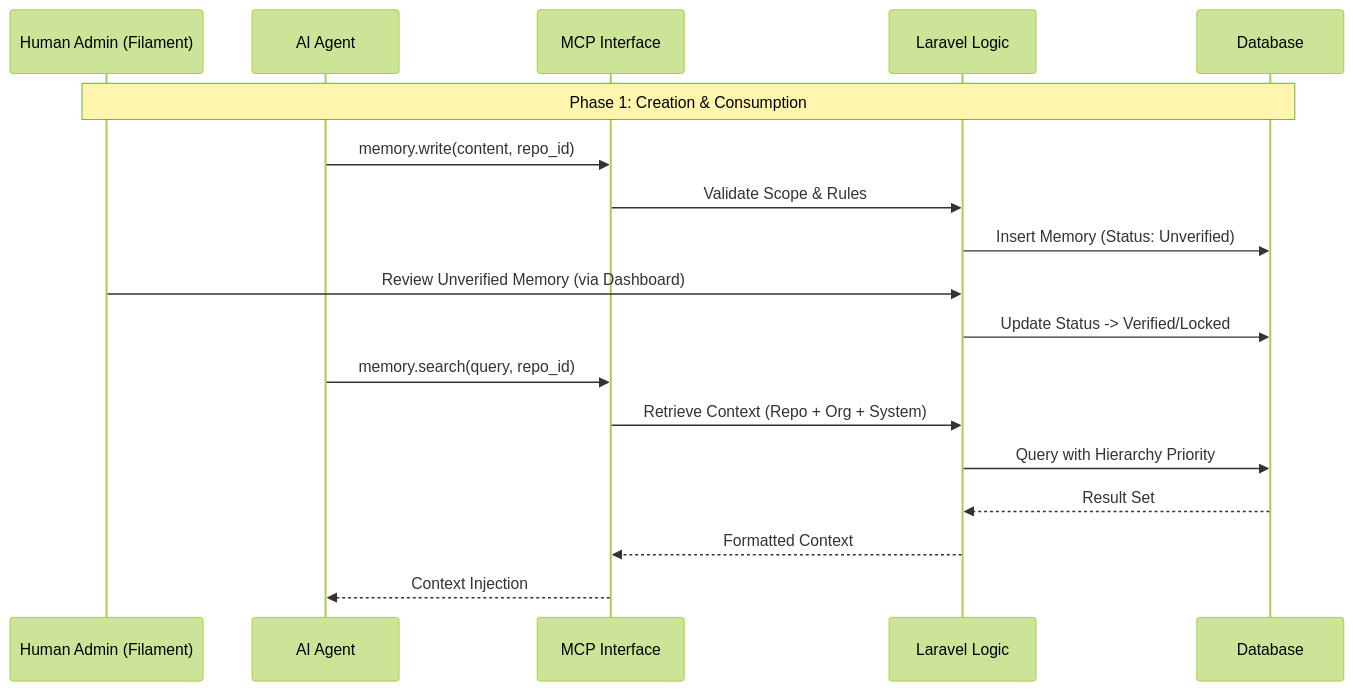
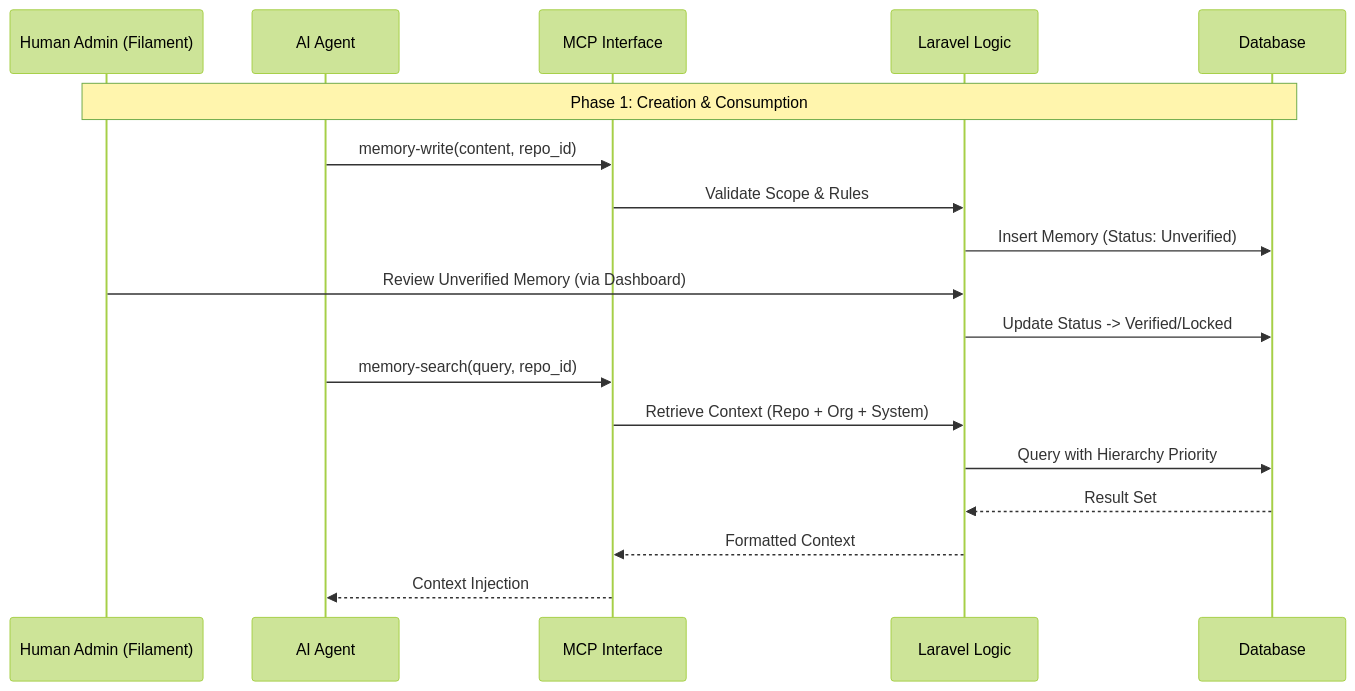
Before and after one commit to vheins/laravel-mcp-memory: the first of 2 diagrams in .agent/documents/application/modules/memory/feature.md, drawn with Mermaid (forest theme). The commit also changed other lines of this file and 17 other files, not shown here.

````diff
--- a/.agent/documents/application/modules/memory/feature.md
+++ b/.agent/documents/application/modules/memory/feature.md
@@ -60,23 +60,23 @@
 ```mermaid
 sequenceDiagram
     participant Admin as Human Admin (Filament)
     participant AI as AI Agent
     participant MCP as MCP Interface
     participant Core as Laravel Logic
     participant DB as Database
 
     Note over Admin, DB: Phase 1: Creation & Consumption
-    AI->>MCP: memory.write(content, repo_id)
+    AI->>MCP: memory-write(content, repo_id)
     MCP->>Core: Validate Scope & Rules
     Core->>DB: Insert Memory (Status: Unverified)
 
     Admin->>Core: Review Unverified Memory (via Dashboard)
     Core->>DB: Update Status -> Verified/Locked
 
-    AI->>MCP: memory.search(query, repo_id)
+    AI->>MCP: memory-search(query, repo_id)
     MCP->>Core: Retrieve Context (Repo + Org + System)
     Core->>DB: Query with Hierarchy Priority
     DB-->>Core: Result Set
     Core-->>MCP: Formatted Context
     MCP-->>AI: Context Injection
 ```
````
